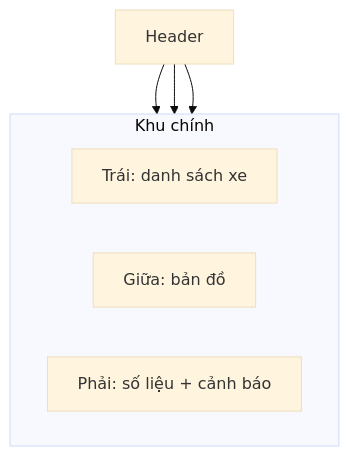
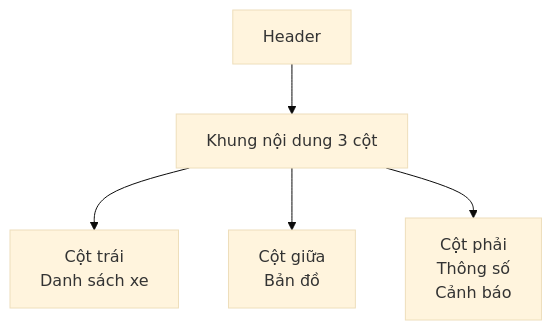
Before and after one commit to anmh1205/IoT_Vehicle_Tracking_System: the diagram in resources/reports/thesis/final/assets/uml/06-chuong-3-giai-phap-frontend-hinh-3-21.mmd, drawn with Mermaid (base theme). The commit also changed 135 other files, not shown here.

```diff
--- a/resources/reports/thesis/final/assets/uml/06-chuong-3-giai-phap-frontend-hinh-3-21.mmd
+++ b/resources/reports/thesis/final/assets/uml/06-chuong-3-giai-phap-frontend-hinh-3-21.mmd
@@ -1,11 +1,11 @@
 flowchart TB
     H["Header"]
-    subgraph Body["Khu chính"]
-        direction LR
-        L["Trái: danh sách xe"]
-        M["Giữa: bản đồ"]
-        R["Phải: số liệu + cảnh báo"]
-    end
-    H --> L
-    H --> M
-    H --> R
+    Body["Khung nội dung 3 cột"]
+    L["Cột trái<br/>Danh sách xe"]
+    M["Cột giữa<br/>Bản đồ"]
+    R["Cột phải<br/>Thông số<br/>Cảnh báo"]
+
+    H --> Body
+    Body --> L
+    Body --> M
+    Body --> R
```
